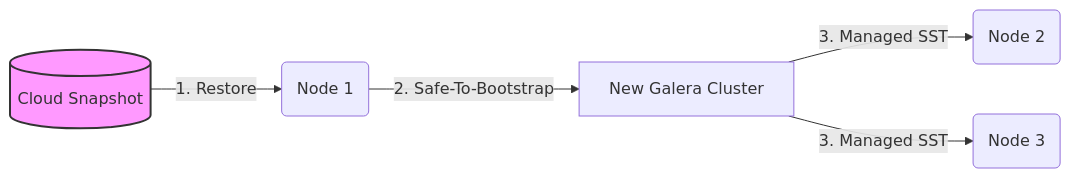
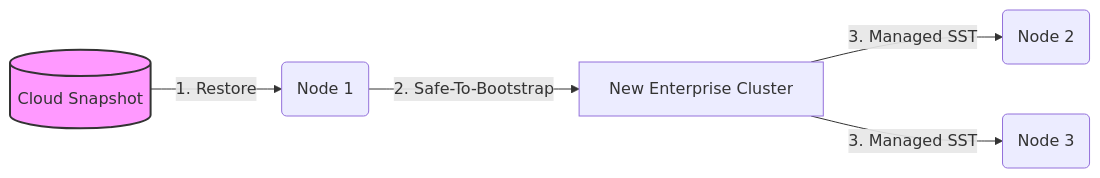
One commit to mariadb-corporation/mariadb-docs changed the fourth of 4 diagrams in mariadb-cloud/quickstart/enterprise-cluster.md. Above: the diagram before and after it, drawn with Mermaid. The commit also changed other lines of this file, not shown here.

````diff
--- a/mariadb-cloud/quickstart/enterprise-cluster.md
+++ b/mariadb-cloud/quickstart/enterprise-cluster.md
@@ -168,9 +168,9 @@
 ```mermaid
 flowchart LR
     Snap[("Cloud Snapshot")] -->|1. Restore| N1("Node 1")
-    N1 -->|2. Safe-To-Bootstrap| C["New Galera Cluster"]
+    N1 -->|2. Safe-To-Bootstrap| C["New Enterprise Cluster"]
     C -->|3. Managed SST| N2("Node 2")
     C -->|3. Managed SST| N3("Node 3")
     
     style Snap fill:#f9f,stroke:#333,stroke-width:2px
 ```
````
